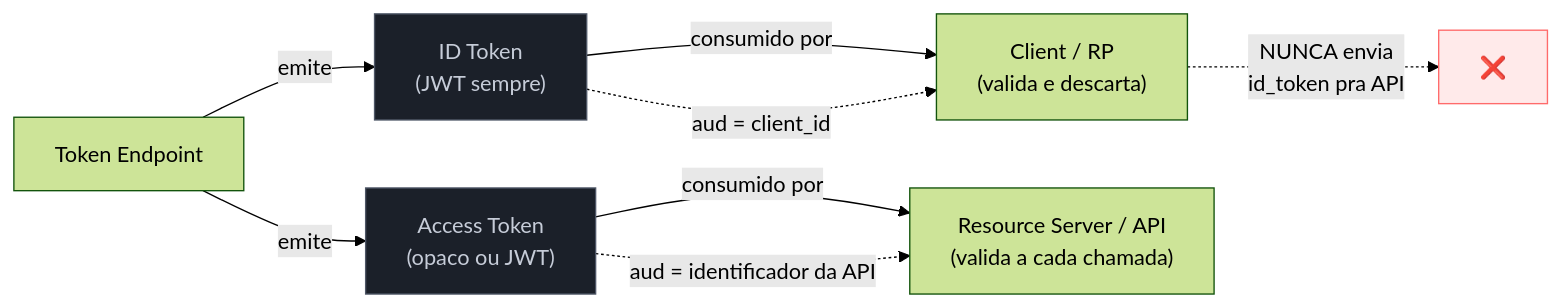
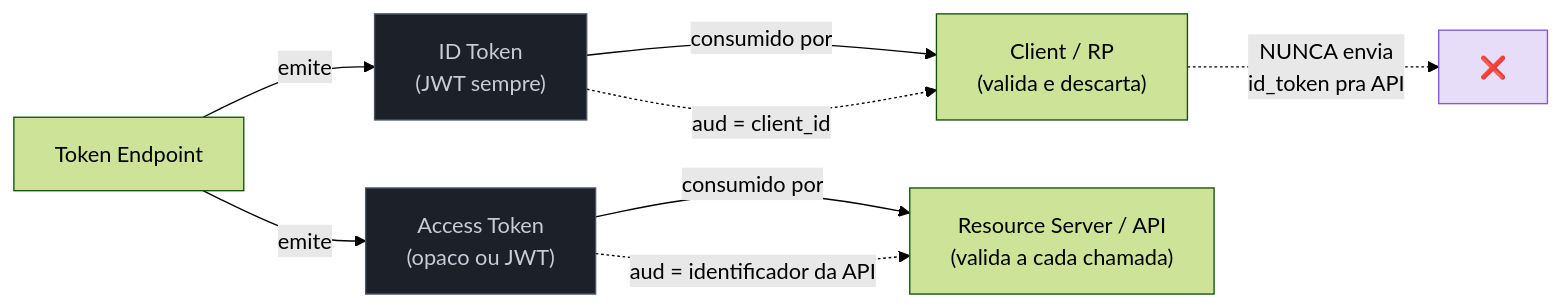
Before and after one commit to josenaldo/codex-technomanticus: the second of 3 diagrams in 03-Dominios/Engenharia/Auth e Identidade/2 - OAuth 2.1 e OpenID Connect/03 - OpenID Connect — identidade sobre OAuth.md, drawn with Mermaid (forest theme). The commit also changed 601 other files, not shown here.

````diff
--- a/03-Dominios/Engenharia/Auth e Identidade/2 - OAuth 2.1 e OpenID Connect/03 - OpenID Connect — identidade sobre OAuth.md
+++ b/03-Dominios/Engenharia/Auth e Identidade/2 - OAuth 2.1 e OpenID Connect/03 - OpenID Connect — identidade sobre OAuth.md
@@ -79,19 +79,19 @@
 ```mermaid
 graph LR
+    classDef marca fill:#8855DF33,stroke:#8855DF,color:#E9ECF2
     classDef neutro fill:#1B2029,stroke:#4E5666,color:#C6CCD8
-    classDef falha fill:#FF6B6B24,stroke:#FF6B6B,color:#E9ECF2
     TE["Token Endpoint"] -->|"emite"| IDT["ID Token<br/>(JWT sempre)"]
     TE -->|"emite"| AT["Access Token<br/>(opaco ou JWT)"]
 
     IDT -->|"consumido por"| C["Client / RP<br/>(valida e descarta)"]
     AT -->|"consumido por"| RS["Resource Server / API<br/>(valida a cada chamada)"]
 
     IDT -.->|"aud = client_id"| C
     AT -.->|"aud = identificador da API"| RS
 
     C -.->|"NUNCA envia<br/>id_token pra API"| X["❌"]
 
     class IDT neutro
     class AT neutro
-    class X falha
+    class X marca
 ```
````
